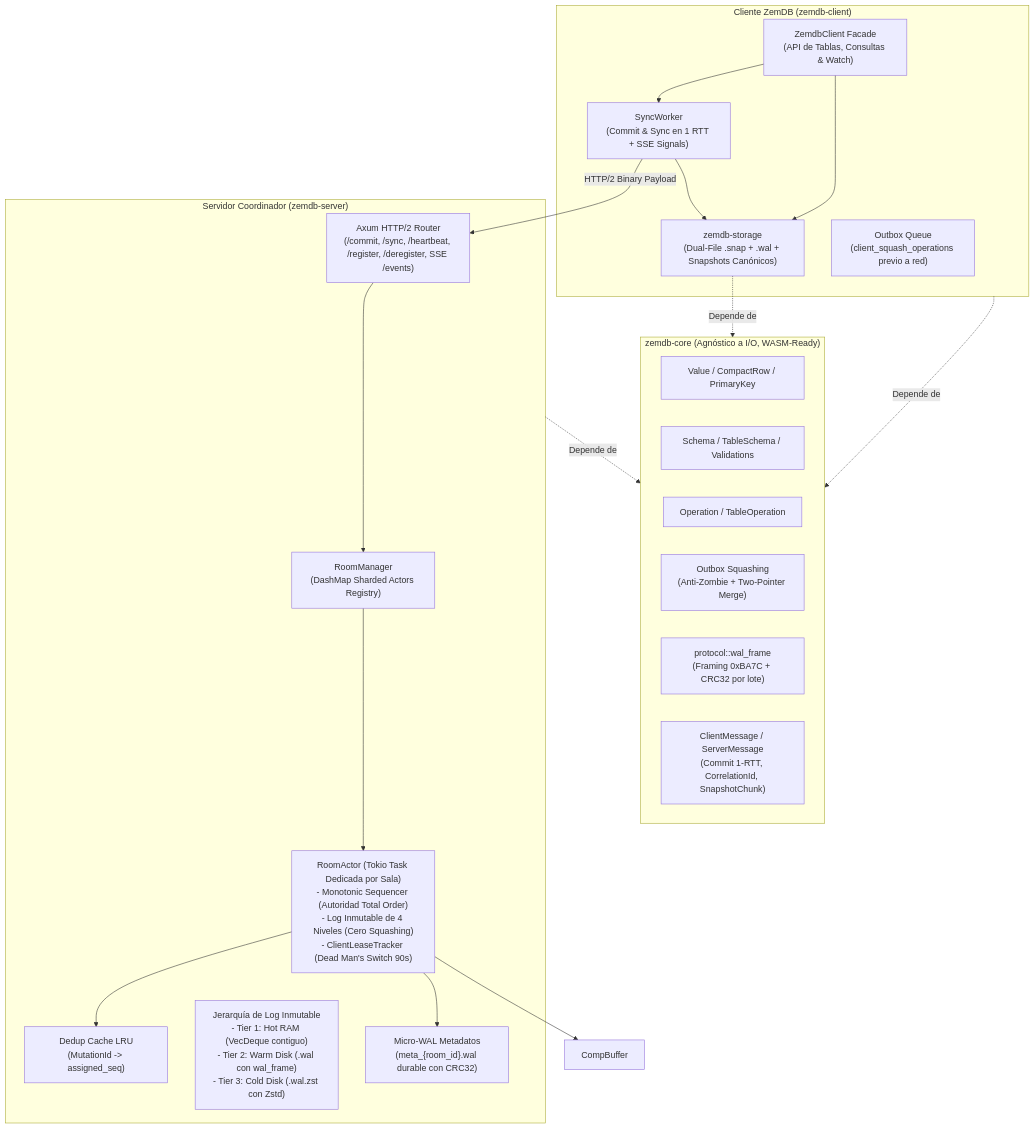
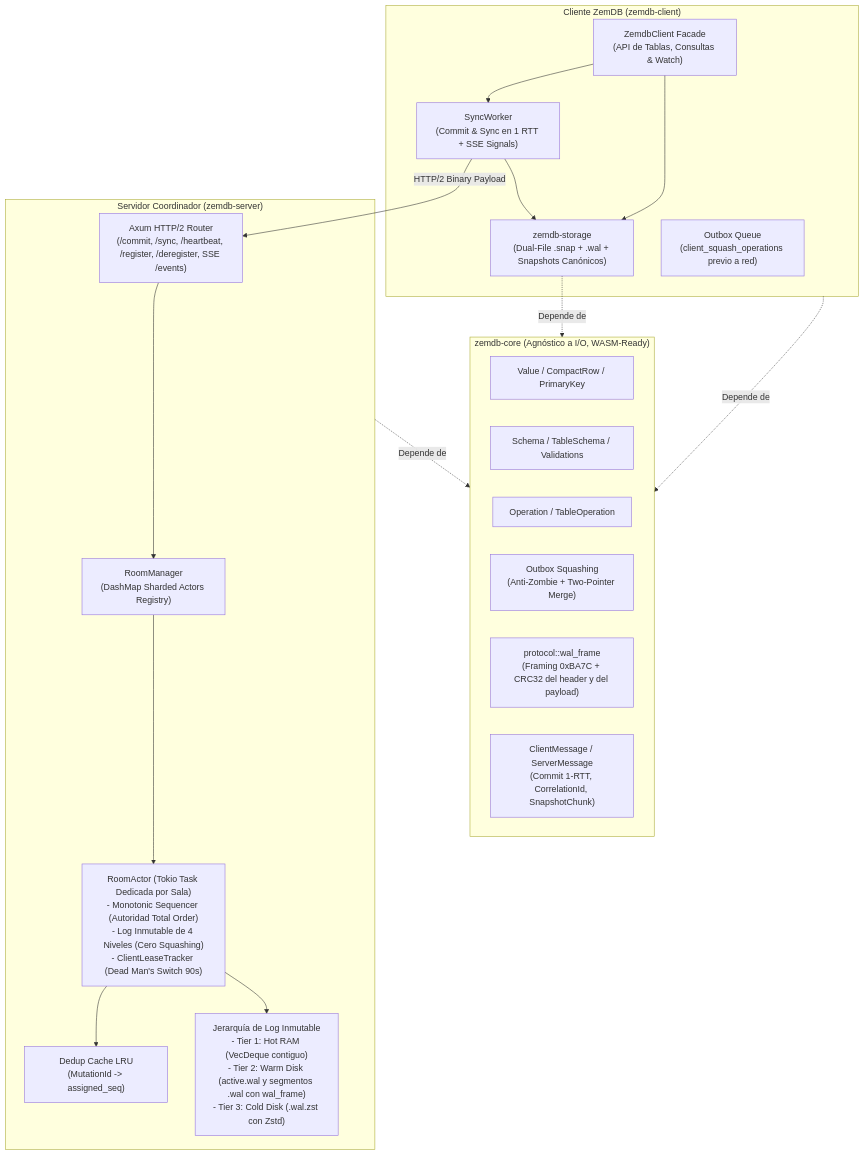
One commit to sanrome/zemdb changed the diagram in ROADMAP.md. Above: the diagram before and after it, drawn with Mermaid. The commit also changed other lines of this file and 29 other files, not shown here.

````diff
--- a/ROADMAP.md
+++ b/ROADMAP.md
@@ -156,40 +159,38 @@
 ```mermaid
 flowchart TD
     subgraph Client["Cliente ZemDB (zemdb-client)"]
         API["ZemdbClient Facade<br/>(API de Tablas, Consultas & Watch)"]
         SyncWorker["SyncWorker<br/>(Commit & Sync en 1 RTT + SSE Signals)"]
         Store["zemdb-storage<br/>(Dual-File .snap + .wal + Snapshots Canónicos)"]
         Outbox["Outbox Queue<br/>(client_squash_operations previo a red)"]
     end
 
     subgraph Core["zemdb-core (Agnóstico a I/O, WASM-Ready)"]
         Types["Value / CompactRow / PrimaryKey"]
         SchemaMod["Schema / TableSchema / Validations"]
         OpMod["Operation / TableOperation"]
         SquashMod["Outbox Squashing<br/>(Anti-Zombie + Two-Pointer Merge)"]
-        WalFrame["protocol::wal_frame<br/>(Framing 0xBA7C + CRC32 por lote)"]
+        WalFrame["protocol::wal_frame<br/>(Framing 0xBA7C + CRC32 del header y del payload)"]
         ProtoMod["ClientMessage / ServerMessage<br/>(Commit 1-RTT, CorrelationId, SnapshotChunk)"]
     end
 
     subgraph Server["Servidor Coordinador (zemdb-server)"]
         AxumRouter["Axum HTTP/2 Router<br/>(/commit, /sync, /heartbeat, /register, /deregister, SSE /events)"]
         RoomManager["RoomManager<br/>(DashMap Sharded Actors Registry)"]
         DedupCache["Dedup Cache LRU<br/>(MutationId -> assigned_seq)"]
         RoomActor["RoomActor (Tokio Task Dedicada por Sala)<br/>- Monotonic Sequencer (Autoridad Total Order)<br/>- Log Inmutable de 4 Niveles (Cero Squashing)<br/>- ClientLeaseTracker (Dead Man's Switch 90s)"]
-        LogTiers["Jerarquía de Log Inmutable<br/>- Tier 1: Hot RAM (VecDeque contiguo)<br/>- Tier 2: Warm Disk (.wal con wal_frame)<br/>- Tier 3: Cold Disk (.wal.zst con Zstd)"]
-        MicroWAL["Micro-WAL Metadatos<br/>(meta_{room_id}.wal durable con CRC32)"]
+        LogTiers["Jerarquía de Log Inmutable<br/>- Tier 1: Hot RAM (VecDeque contiguo)<br/>- Tier 2: Warm Disk (active.wal y segmentos .wal con wal_frame)<br/>- Tier 3: Cold Disk (.wal.zst con Zstd)"]
     end
 
     API --> SyncWorker
     API --> Store
     SyncWorker --> Store
     Client -.->|Depende de| Core
     Server -.->|Depende de| Core
     Store -.->|Depende de| Core
     SyncWorker -->|HTTP/2 Binary Payload| AxumRouter
     AxumRouter --> RoomManager
     RoomManager --> RoomActor
     RoomActor --> DedupCache
-    RoomActor --> CompBuffer
-    RoomActor --> MicroWAL
+    RoomActor --> LogTiers
 ```
````
